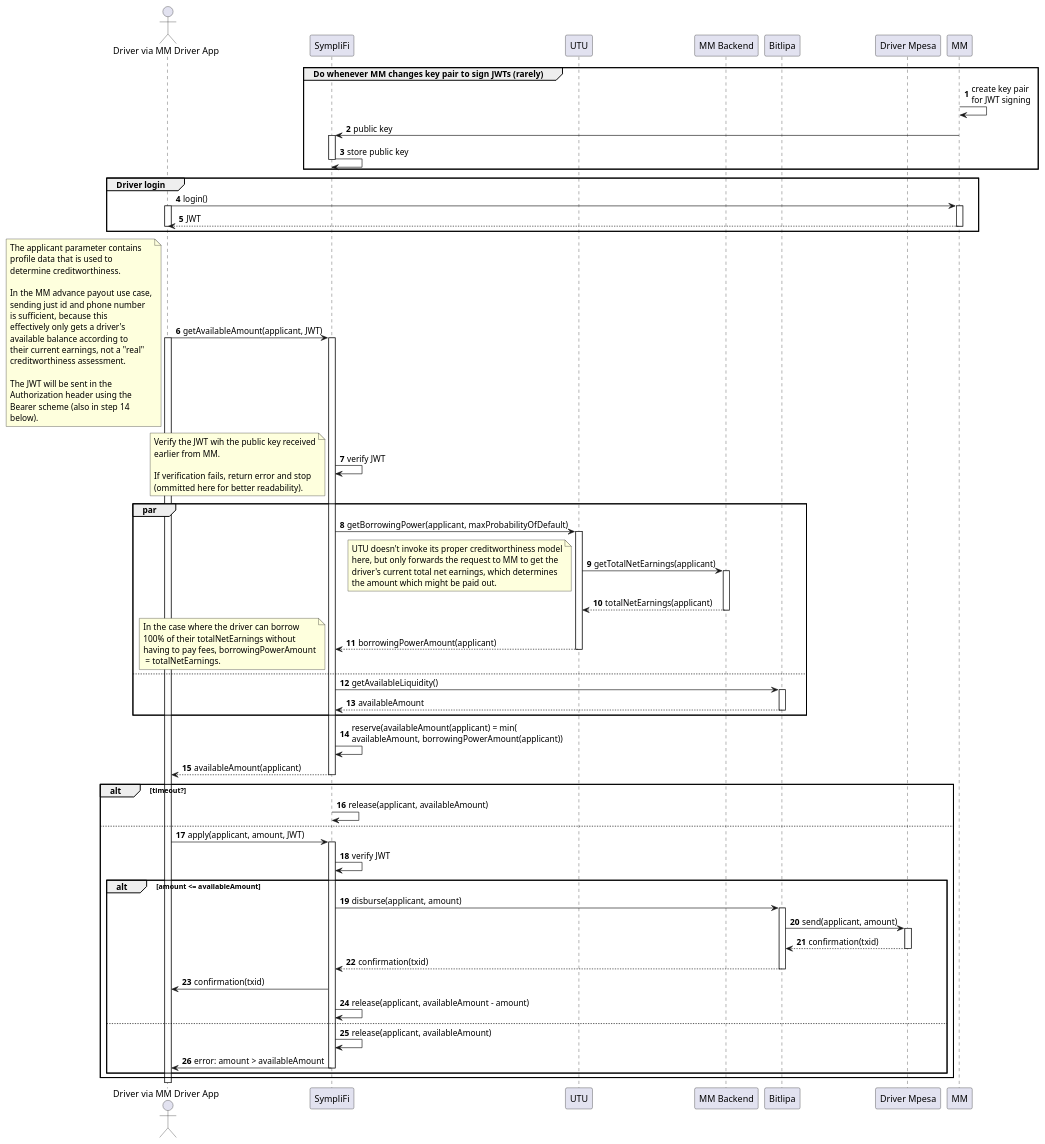
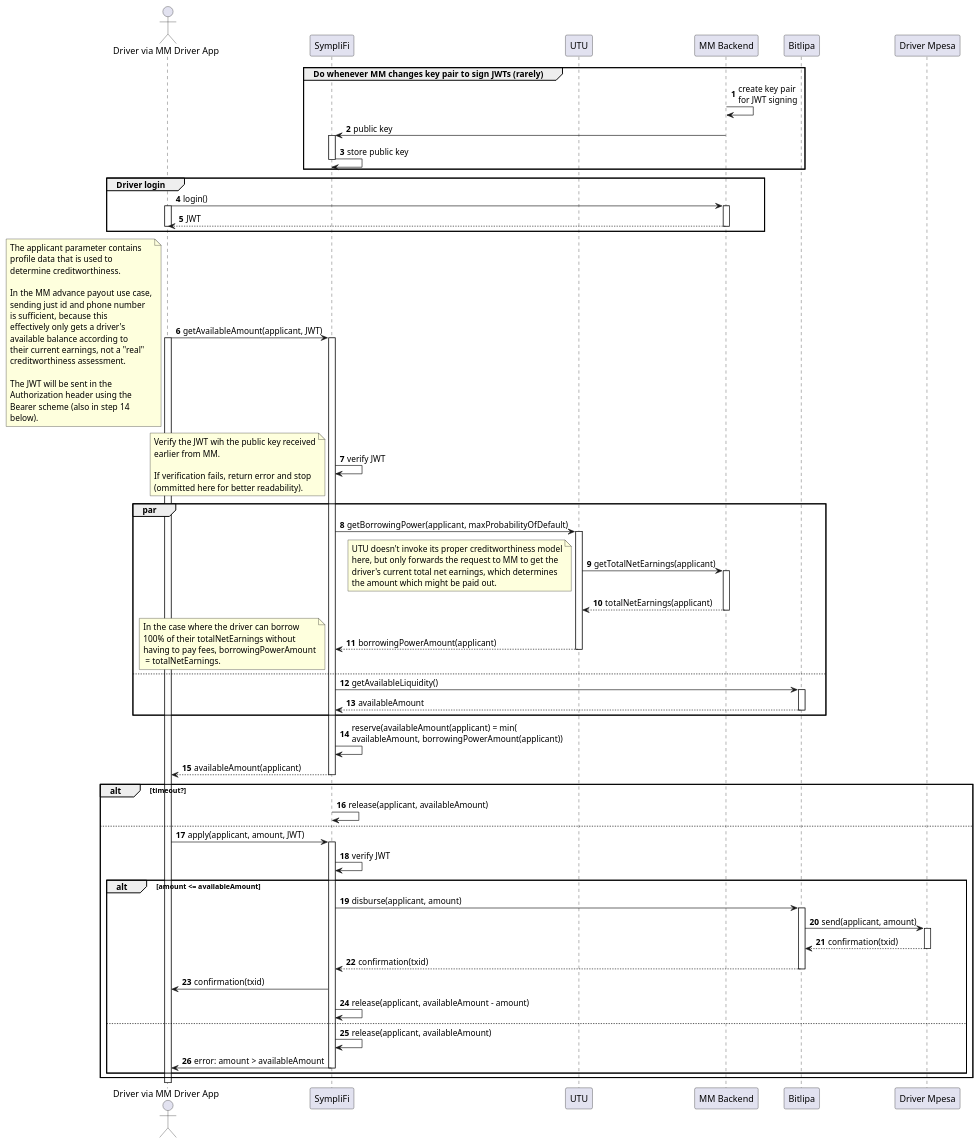
The diagram in docs/Architecture/Maramoja-pilot.puml (utu-protocol/africa-defi-alliance), drawn with PlantUML before and after one commit.

Commit message:
Fix redundant "MM" actor (to be "MM Backend").

```diff
--- a/docs/Architecture/Maramoja-pilot.puml
+++ b/docs/Architecture/Maramoja-pilot.puml
@@ -1,104 +1,104 @@
 @startuml
 'https://plantuml.com/sequence-diagram
 
 autonumber
 
 actor "Driver via MM Driver App" As MMd
 participant SympliFi As S
 participant UTU As U
 participant "MM Backend" As MMb
 participant Bitlipa As B
 participant "Driver Mpesa" As M
 
 group Do whenever MM changes key pair to sign JWTs (rarely)
-MM -> MM : create key pair\nfor JWT signing
-MM -> S ++ : public key
+MMb -> MMb : create key pair\nfor JWT signing
+MMb -> S ++ : public key
 S -> S: store public key
 deactivate S
 end group
 
 group Driver login
-MMd -> MM ++ : login()
+MMd -> MMb ++ : login()
 activate MMd
 return JWT
 deactivate MMd
 end group
 
 MMd -> S ++ : getAvailableAmount(applicant, JWT)
 activate MMd
 note left
 The applicant parameter contains
 profile data that is used to
 determine creditworthiness.
 
 In the MM advance payout use case,
 sending just id and phone number
 is sufficient, because this
 effectively only gets a driver's
 available balance according to
 their current earnings, not a "real"
 creditworthiness assessment.
 
 The JWT will be sent in the
 Authorization header using the
 Bearer scheme (also in step 14
 below).
 end note
 
 S -> S : verify JWT
 note left
 Verify the JWT wih the public key received
 earlier from MM.
 
 If verification fails, return error and stop
 (ommitted here for better readability).
 end note
 
 par
 S -> U ++ : getBorrowingPower(applicant, maxProbabilityOfDefault)
 U -> MMb ++ : getTotalNetEarnings(applicant)
 note left
 UTU doesn't invoke its proper creditworthiness model
 here, but only forwards the request to MM to get the
 driver's current total net earnings, which determines
 the amount which might be paid out.
 end note
 
 return totalNetEarnings(applicant)
 return borrowingPowerAmount(applicant)
 note left
 In the case where the driver can borrow
 100% of their totalNetEarnings without
 having to pay fees, borrowingPowerAmount
  = totalNetEarnings.
 end note
 
 also
 S -> B ++ : getAvailableLiquidity()
 return availableAmount
 end par
 
 S -> S : reserve(availableAmount(applicant) = min(\navailableAmount, borrowingPowerAmount(applicant))
 
 return availableAmount(applicant)
 
 alt timeout?
     S -> S : release(applicant, availableAmount)
 else
     MMd -> S ++ : apply(applicant, amount, JWT)
     S -> S : verify JWT
 
     alt amount <= availableAmount
       S -> B ++ : disburse(applicant, amount)
       B -> M ++ : send(applicant, amount)
       return confirmation(txid)
       return confirmation(txid)
       S -> MMd : confirmation(txid)
       S -> S : release(applicant, availableAmount - amount)
     else
       S -> S : release(applicant, availableAmount)
       S -> MMd : error: amount > availableAmount
       deactivate S
     end
 end
 @enduml
```
